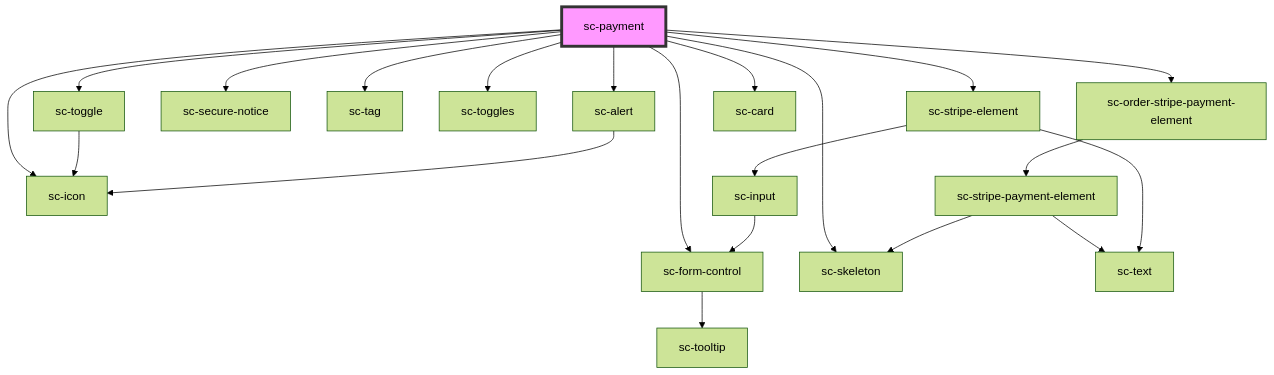
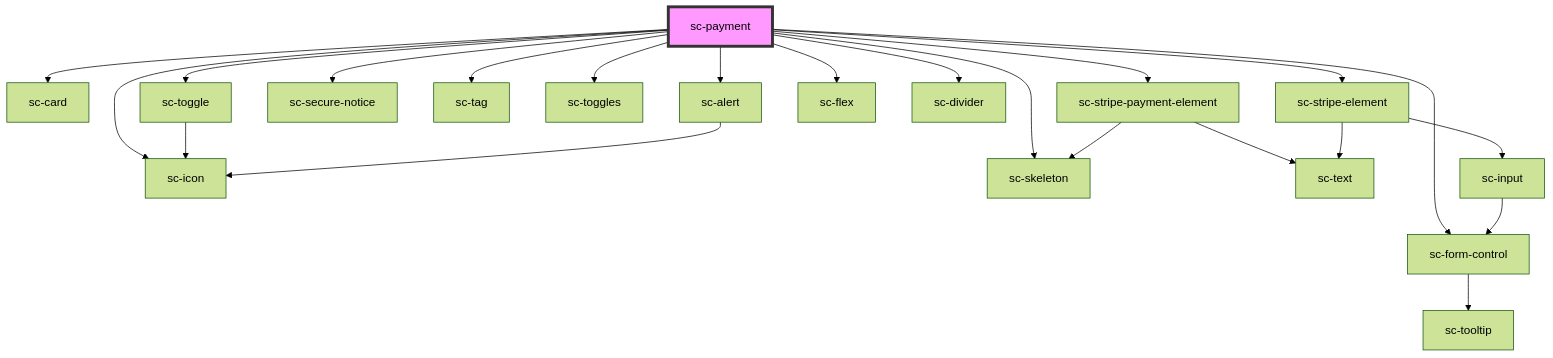
One commit to surecart/surecart-wp-plugin changed the diagram in packages/components/src/components/controllers/checkout-form/payment/readme.md. Above: the diagram before and after it, drawn with Mermaid (forest theme). The commit also changed other lines of this file and 68 other files, not shown here.

````diff
--- a/packages/components/src/components/controllers/checkout-form/payment/readme.md
+++ b/packages/components/src/components/controllers/checkout-form/payment/readme.md
@@ -51,24 +55,25 @@
 ```mermaid
 graph TD;
-  sc-payment --> sc-order-stripe-payment-element
+  sc-payment --> sc-card
+  sc-payment --> sc-stripe-payment-element
   sc-payment --> sc-stripe-element
   sc-payment --> sc-secure-notice
   sc-payment --> sc-tag
   sc-payment --> sc-form-control
   sc-payment --> sc-toggles
   sc-payment --> sc-toggle
   sc-payment --> sc-icon
+  sc-payment --> sc-flex
+  sc-payment --> sc-divider
   sc-payment --> sc-skeleton
   sc-payment --> sc-alert
-  sc-payment --> sc-card
-  sc-order-stripe-payment-element --> sc-stripe-payment-element
   sc-stripe-payment-element --> sc-text
   sc-stripe-payment-element --> sc-skeleton
   sc-stripe-element --> sc-input
   sc-stripe-element --> sc-text
   sc-input --> sc-form-control
   sc-form-control --> sc-tooltip
   sc-toggle --> sc-icon
   sc-alert --> sc-icon
   style sc-payment fill:#f9f,stroke:#333,stroke-width:4px
 ```
````
